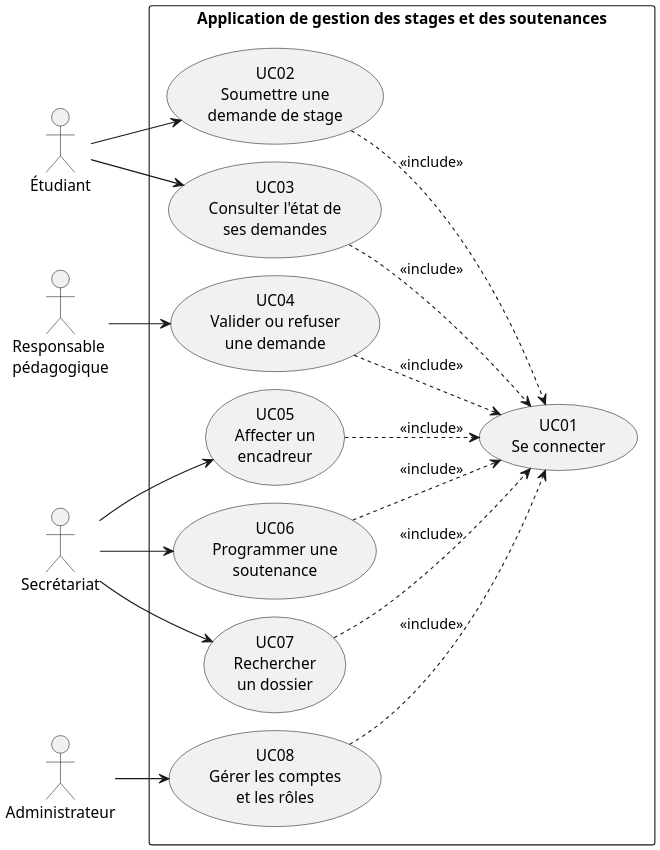
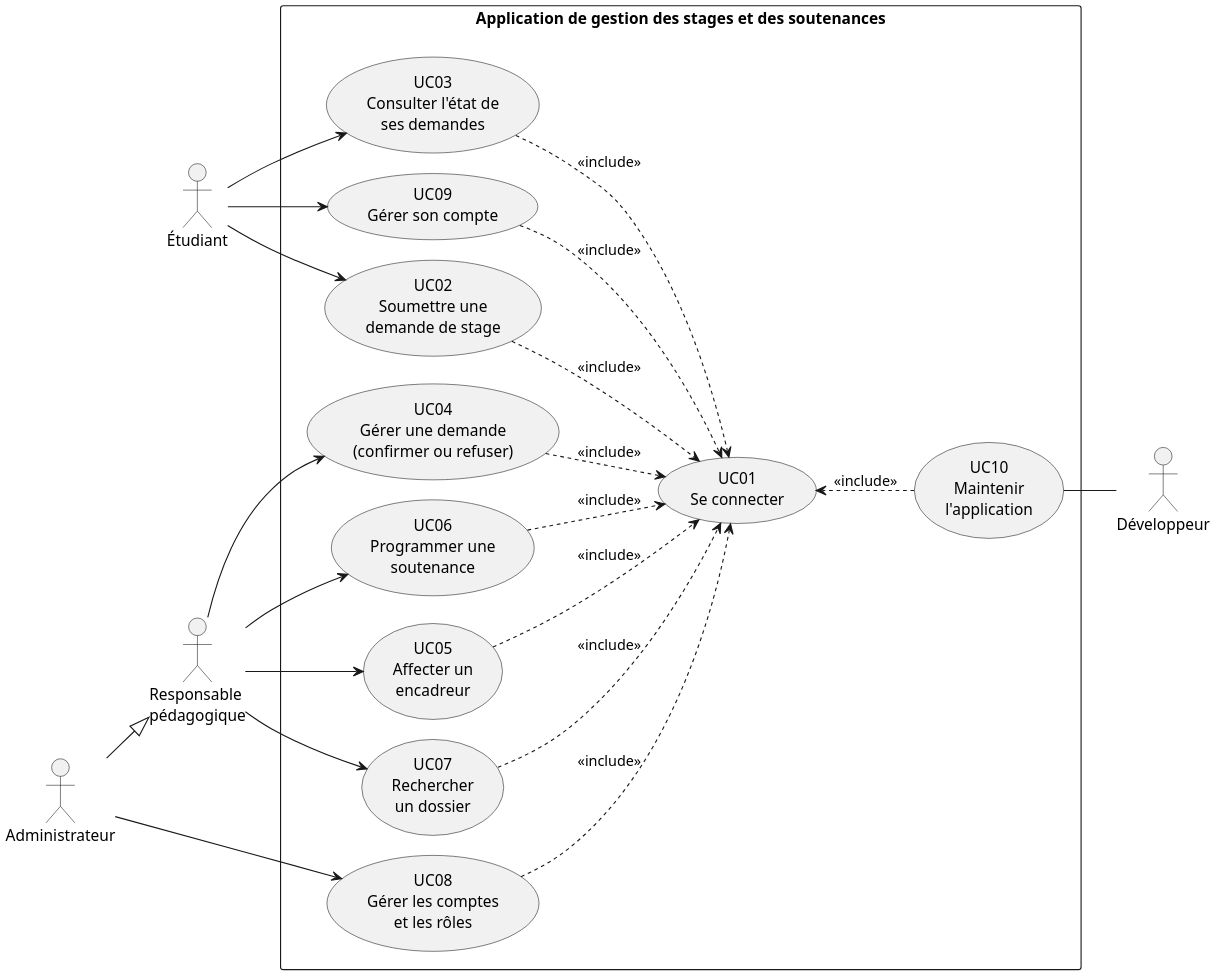
Before and after one commit to Shirley-sys-25/Application-Web-de-gestion-des-stages-et-des-soutenances-universitaires: the diagram in TP3/cas_usage.puml, drawn with PlantUML. The commit also changed 8 other files, not shown here.

```diff
--- a/TP3/cas_usage.puml
+++ b/TP3/cas_usage.puml
@@ -1,44 +1,65 @@
 @startuml cas_usage
 ' Diagramme de cas d'utilisation - TP3 - Projet informatique 2
-' UC01 est inclus par tous les autres cas : aucun acces sans session.
+' Version fusionnée : socle TP3 + acteur Développeur / maintenance.
+' Le rôle Secrétariat est supprimé : l'affectation et la recherche sont rattachées au Responsable.
+' UC01 est inclus par tous les cas métier : aucun accès sans session.
 skinparam dpi 200
 skinparam monochrome true
 skinparam shadowing false
 skinparam defaultFontName SansSerif
 skinparam packageStyle rectangle
-skinparam nodesep 16
-skinparam ranksep 28
+skinparam nodesep 18
+skinparam ranksep 30
 left to right direction
 
 actor "Étudiant" as E
 actor "Responsable\npédagogique" as R
-actor "Secrétariat" as S
 actor "Administrateur" as A
+actor "Développeur" as D
+
+' L'administrateur hérite des droits du responsable pédagogique.
+A --|> R
 
 rectangle "Application de gestion des stages et des soutenances" {
-  usecase "UC02\nSoumettre une\ndemande de stage" as UC1
-  usecase "UC03\nConsulter l'état de\nses demandes" as UC2
-  usecase "UC04\nValider ou refuser\nune demande" as UC3
-  usecase "UC05\nAffecter un\nencadreur" as UC4
-  usecase "UC06\nProgrammer une\nsoutenance" as UC5
-  usecase "UC07\nRechercher\nun dossier" as UC6
-  usecase "UC08\nGérer les comptes\net les rôles" as UC7
-  usecase "UC01\nSe connecter" as UC0
+  usecase "UC01\nSe connecter" as UC01
+  together {
+    usecase "UC02\nSoumettre une\ndemande de stage" as UC02
+    usecase "UC03\nConsulter l'état de\nses demandes" as UC03
+    usecase "UC09\nGérer son compte" as UC09
+  }
+  together {
+    usecase "UC04\nGérer une demande\n(confirmer ou refuser)" as UC04
+    usecase "UC06\nProgrammer une\nsoutenance" as UC06
+  }
+  together {
+    usecase "UC05\nAffecter un\nencadreur" as UC05
+    usecase "UC07\nRechercher\nun dossier" as UC07
+  }
+  usecase "UC08\nGérer les comptes\net les rôles" as UC08
+  usecase "UC10\nMaintenir\nl'application" as UC10
+  ' Place le cas de maintenance à droite du cadre, avec le développeur à l'extérieur.
+  UC01 -[hidden]right- UC10
 }
 
-E --> UC1
-E --> UC2
-R --> UC3
-S --> UC4
-S --> UC5
-S --> UC6
-A --> UC7
+E --> UC02
+E --> UC03
+E --> UC09
+R --> UC04
+R --> UC05
+R --> UC06
+R --> UC07
+A --> UC08
+' Le développeur reste à droite du cadre ; le trait est une association sans flèche.
+UC10 -- D
 
-UC1 ..> UC0 : <<include>>
-UC2 ..> UC0 : <<include>>
-UC3 ..> UC0 : <<include>>
-UC4 ..> UC0 : <<include>>
-UC5 ..> UC0 : <<include>>
-UC6 ..> UC0 : <<include>>
-UC7 ..> UC0 : <<include>>
+' UC04 couvre les deux issues (confirmer ou refuser) ; le détail est dans le tableau du rapport.
+UC02 ..> UC01 : <<include>>
+UC03 ..> UC01 : <<include>>
+UC04 ..> UC01 : <<include>>
+UC05 ..> UC01 : <<include>>
+UC06 ..> UC01 : <<include>>
+UC07 ..> UC01 : <<include>>
+UC08 ..> UC01 : <<include>>
+UC09 ..> UC01 : <<include>>
+UC10 ..> UC01 : <<include>>
 @enduml
```
